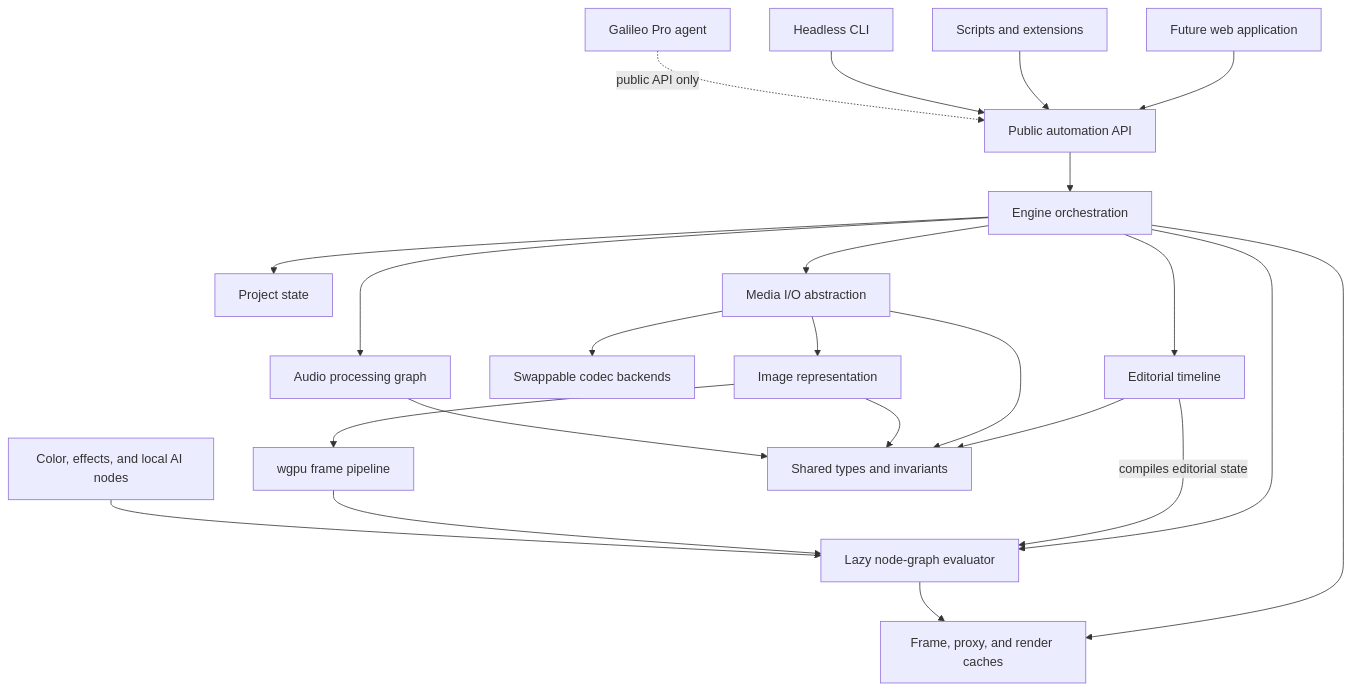
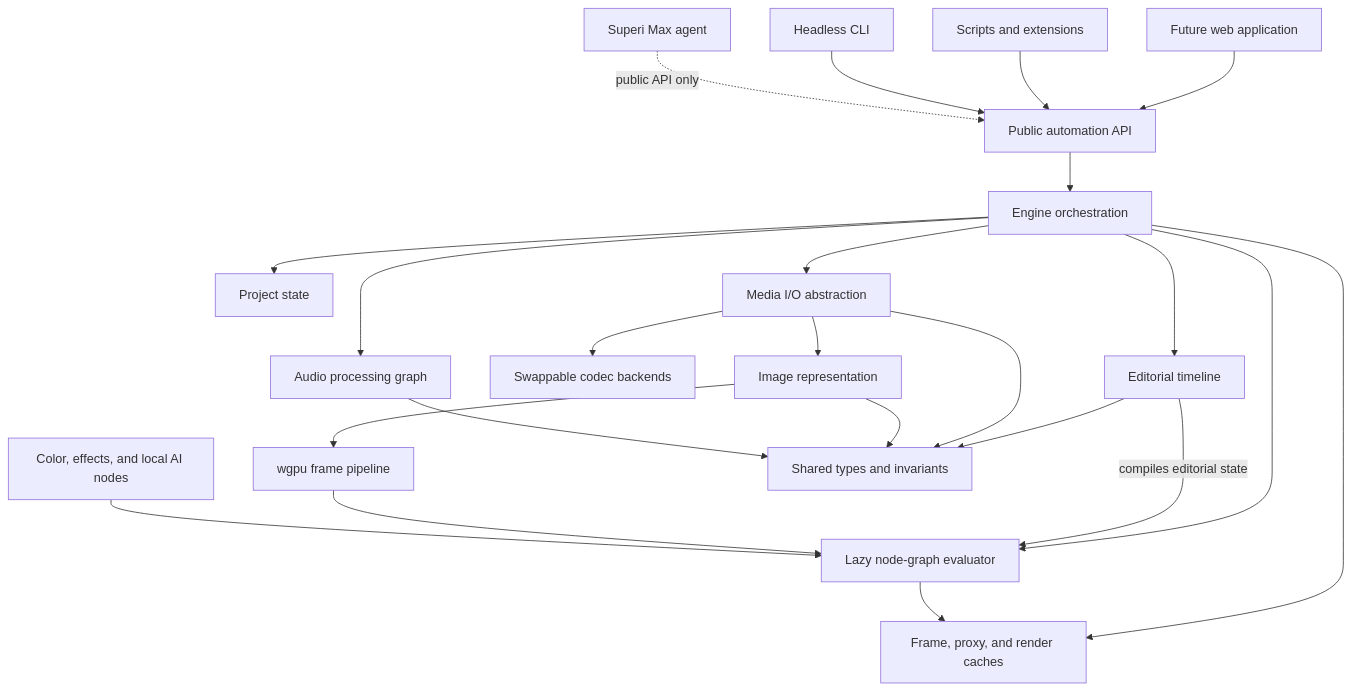
Before and after one commit to thebriangao/Superi: the diagram in README.md, drawn with Mermaid. The commit also changed other lines of this file and 203 other files, not shown here.

````diff
--- a/README.md
+++ b/README.md
@@ -185,47 +185,47 @@
 ```mermaid
 flowchart TB
     UI["Future web application"]
     Scripts["Scripts and extensions"]
     CLI["Headless CLI"]
-    Pro["Galileo Pro agent"]
+    Max["Superi Max agent"]
 
     API["Public automation API"]
     Engine["Engine orchestration"]
     Timeline["Editorial timeline"]
     Project["Project state"]
     Media["Media I/O abstraction"]
     Codecs["Swappable codec backends"]
     Image["Image representation"]
     GPU["wgpu frame pipeline"]
     Graph["Lazy node-graph evaluator"]
     Catalogs["Color, effects, and local AI nodes"]
     Cache["Frame, proxy, and render caches"]
     Audio["Audio processing graph"]
     Core["Shared types and invariants"]
 
     UI --> API
     Scripts --> API
     CLI --> API
-    Pro -. "public API only" .-> API
+    Max -. "public API only" .-> API
     API --> Engine
 
     Engine --> Timeline
     Engine --> Project
     Engine --> Media
     Engine --> Graph
     Engine --> Cache
     Engine --> Audio
 
     Timeline -->|"compiles editorial state"| Graph
     Media --> Codecs
     Media --> Image
     Image --> GPU
     GPU --> Graph
     Catalogs --> Graph
     Graph --> Cache
 
     Timeline --> Core
     Media --> Core
     Image --> Core
     Audio --> Core
 ```
````
